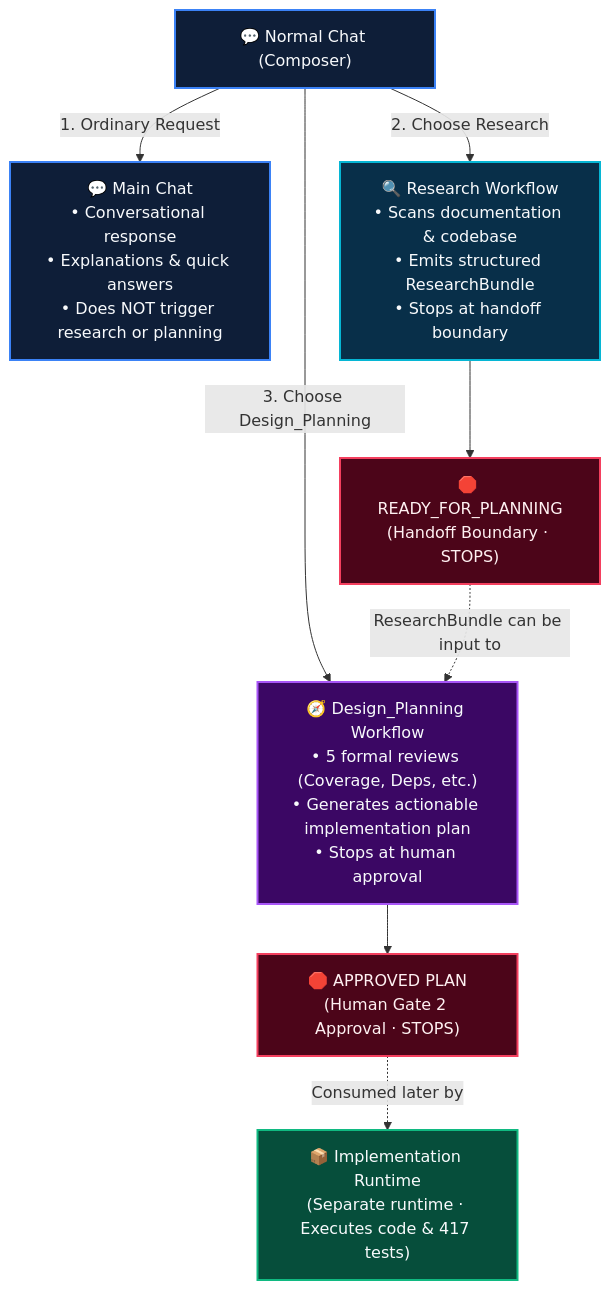
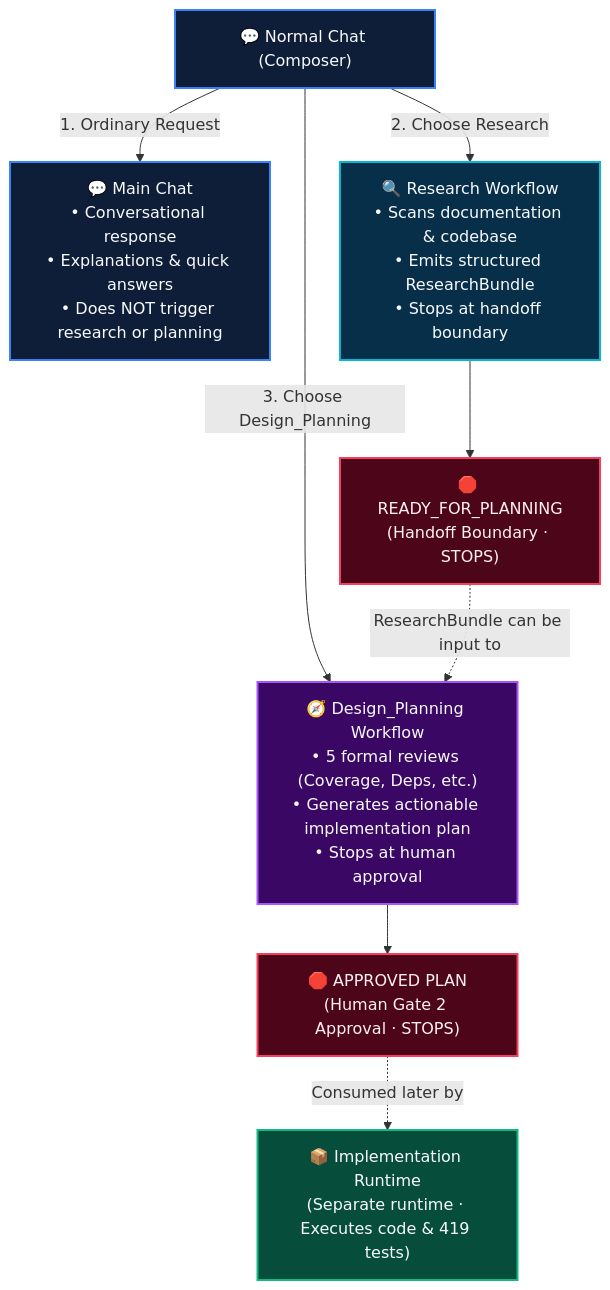
One commit to itz1508/oneshot_e2e changed the first of 4 diagrams in DIAGRAM.md. Above: the diagram before and after it, drawn with Mermaid. The commit also changed other lines of this file and 5 other files, not shown here.

````diff
--- a/DIAGRAM.md
+++ b/DIAGRAM.md
@@ -11,30 +11,30 @@
 ```mermaid
 flowchart TD
     NORMAL_CHAT["💬 Normal Chat (Composer)"]
     
     NORMAL_CHAT -->|"1. Ordinary Request"| MAIN_CHAT["💬 Main Chat\n• Conversational response\n• Explanations & quick answers\n• Does NOT trigger research or planning"]
     
     NORMAL_CHAT -->|"2. Choose Research"| RES_FLOW["🔍 Research Workflow\n• Scans documentation & codebase\n• Emits structured ResearchBundle\n• Stops at handoff boundary"]
     
     NORMAL_CHAT -->|"3. Choose Design_Planning"| PLAN_FLOW["🧭 Design_Planning Workflow\n• 5 formal reviews (Coverage, Deps, etc.)\n• Generates actionable implementation plan\n• Stops at human approval"]
 
     RES_FLOW --> READY_FOR_PLANNING["🛑 READY_FOR_PLANNING\n(Handoff Boundary · STOPS)"]
     
     READY_FOR_PLANNING -.->|"ResearchBundle can be input to"| PLAN_FLOW
     
     PLAN_FLOW --> APPROVED_PLAN["🛑 APPROVED PLAN\n(Human Gate 2 Approval · STOPS)"]
     
-    APPROVED_PLAN -.->|"Consumed later by"| IMPL_RT["📦 Implementation Runtime\n(Separate runtime · Executes code & 417 tests)"]
+    APPROVED_PLAN -.->|"Consumed later by"| IMPL_RT["📦 Implementation Runtime\n(Separate runtime · Executes code & 419 tests)"]
 
     classDef chat fill:#0e1e38,stroke:#3b82f6,stroke-width:2px,color:#f8fafc;
     classDef res fill:#082f49,stroke:#06b6d4,stroke-width:2px,color:#f8fafc;
     classDef plan fill:#3b0764,stroke:#a855f7,stroke-width:2px,color:#f8fafc;
     classDef stop fill:#4c0519,stroke:#f43f5e,stroke-width:2px,color:#fff1f2;
     classDef exec fill:#064e3b,stroke:#10b981,stroke-width:2px,color:#f8fafc;
 
     class NORMAL_CHAT,MAIN_CHAT chat;
     class RES_FLOW res;
     class PLAN_FLOW plan;
     class READY_FOR_PLANNING,APPROVED_PLAN stop;
     class IMPL_RT exec;
 ```
````
